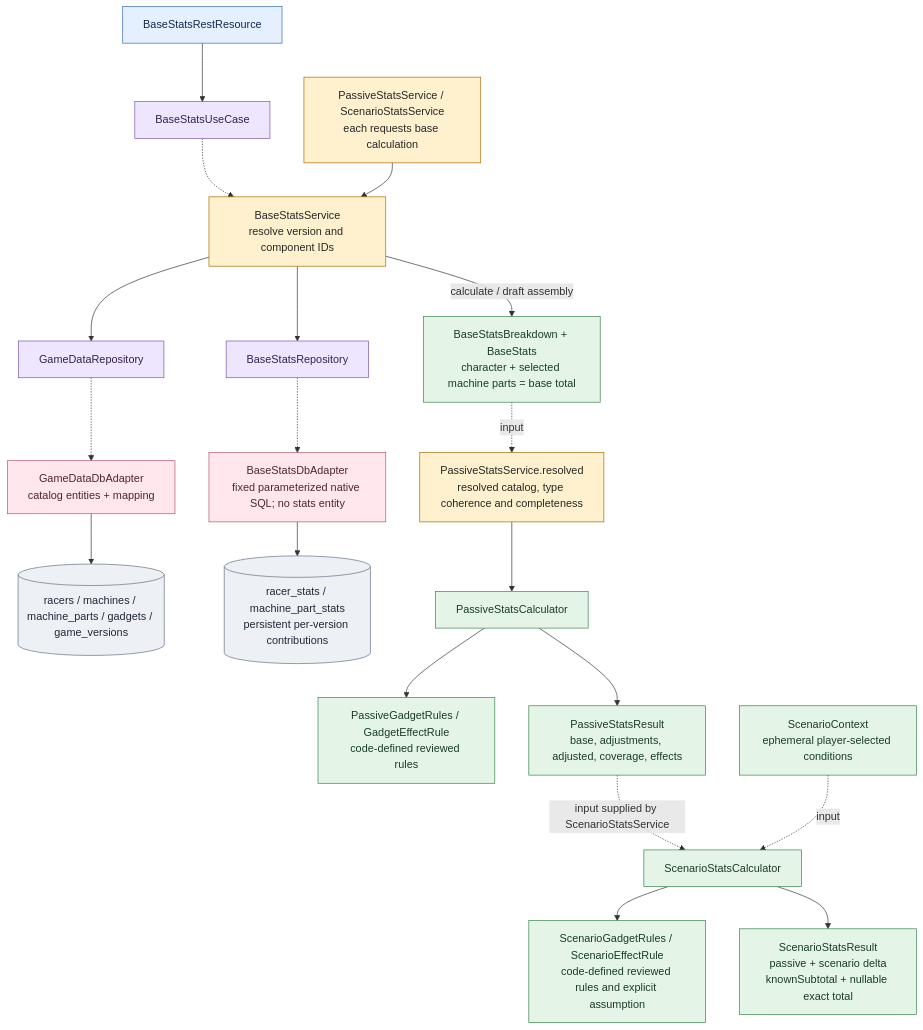
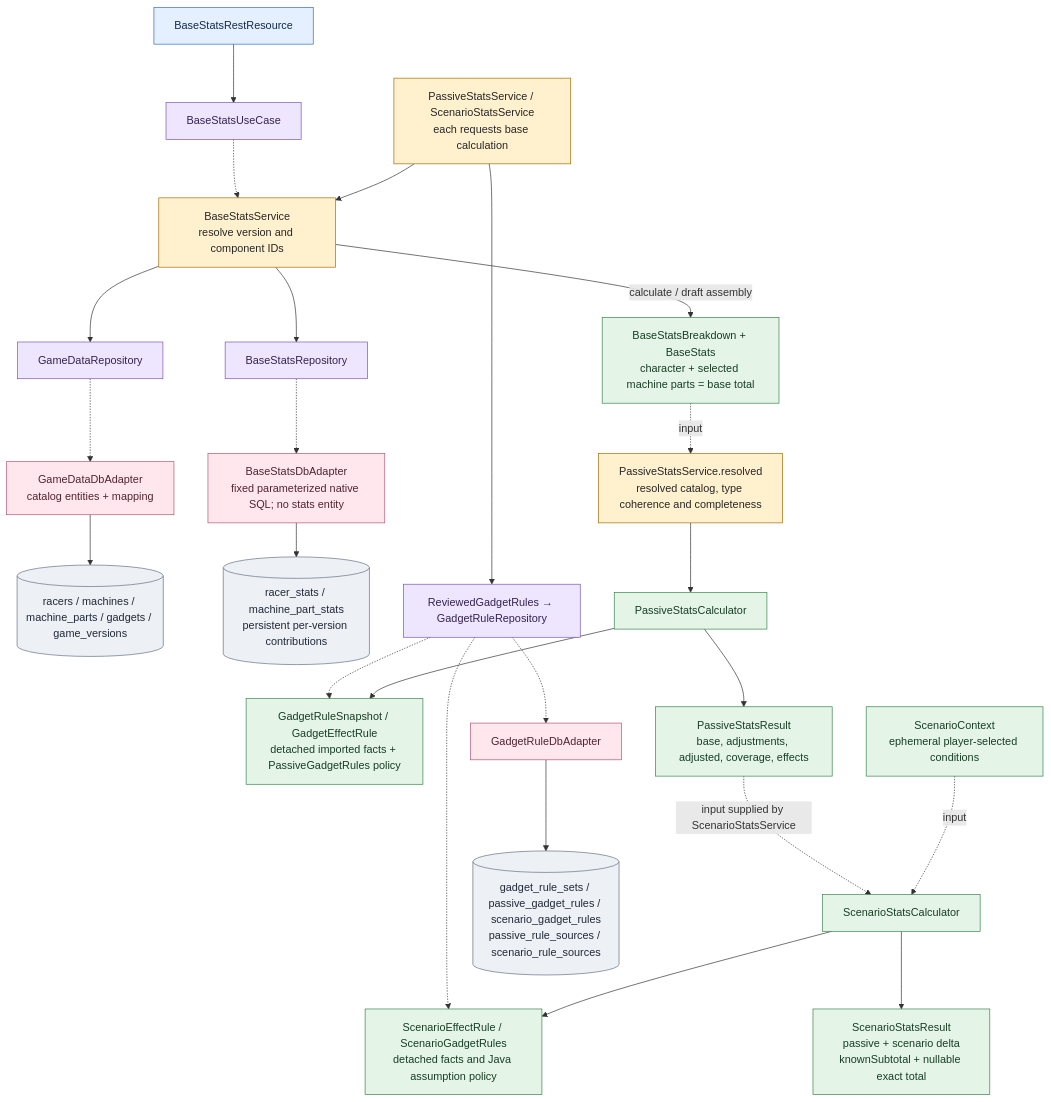
One commit to alexungu04genoff/RingLab changed diagram 12 of 31 in docs/architecture-atlas.md. Above: the diagram before and after it, drawn with Mermaid. The commit also changed other lines of this file and 66 other files, not shown here.

Commit message:
feat(game-data): externalize versioned gadget rule facts

````diff
--- a/docs/architecture-atlas.md
+++ b/docs/architecture-atlas.md
@@ -681,42 +703,47 @@
 ```mermaid
 flowchart TB
   endpoints["BaseStatsRestResource"]:::rest
   consumers["PassiveStatsService / ScenarioStatsService<br/>each requests base calculation"]:::app
   base["BaseStatsService<br/>resolve version and component IDs"]:::app
   gp["GameDataRepository"]:::port
   sp["BaseStatsRepository"]:::port
   ga["GameDataDbAdapter<br/>catalog entities + mapping"]:::adapter
   sa["BaseStatsDbAdapter<br/>fixed parameterized native SQL; no stats entity"]:::adapter
   catalog[("racers / machines / machine_parts / gadgets / game_versions")]:::outside
   numbers[("racer_stats / machine_part_stats<br/>persistent per-version contributions")]:::outside
   breakdown["BaseStatsBreakdown + BaseStats<br/>character + selected machine parts = base total"]:::domain
   ps["PassiveStatsService.resolved<br/>resolved catalog, type coherence and completeness"]:::app
-  pr["PassiveGadgetRules / GadgetEffectRule<br/>code-defined reviewed rules"]:::domain
+  pr["GadgetRuleSnapshot / GadgetEffectRule<br/>detached imported facts + PassiveGadgetRules policy"]:::domain
   pc["PassiveStatsCalculator"]:::domain
   po["PassiveStatsResult<br/>base, adjustments, adjusted, coverage, effects"]:::domain
-  sr["ScenarioGadgetRules / ScenarioEffectRule<br/>code-defined reviewed rules and explicit assumption"]:::domain
+  sr["ScenarioEffectRule / ScenarioGadgetRules<br/>detached facts and Java assumption policy"]:::domain
   ctx["ScenarioContext<br/>ephemeral player-selected conditions"]:::domain
   sc["ScenarioStatsCalculator"]:::domain
   so["ScenarioStatsResult<br/>passive + scenario delta<br/>knownSubtotal + nullable exact total"]:::domain
   endpoints --> input["BaseStatsUseCase"]:::port -.-> base
   consumers --> base
+  consumers --> reviewed["ReviewedGadgetRules → GadgetRuleRepository"]:::port
+  reviewed -.-> ruleAdapter["GadgetRuleDbAdapter"]:::adapter
+  ruleAdapter --> ruleTables[("gadget_rule_sets / passive_gadget_rules / scenario_gadget_rules<br/>passive_rule_sources / scenario_rule_sources")]:::outside
+  reviewed -.-> pr
+  reviewed -.-> sr
   base --> gp
   base --> sp
   gp -.-> ga --> catalog
   sp -.-> sa --> numbers
   base -->|"calculate / draft assembly"| breakdown
   breakdown -.->|"input"| ps
   ps --> pc
   pc --> pr
   pc --> po
   po -.->|"input supplied by ScenarioStatsService"| sc
   ctx -.->|"input"| sc
   sc --> sr
   sc --> so
   classDef rest fill:#e4efff,stroke:#356db4,color:#142b49
   classDef app fill:#fff0ce,stroke:#a96b00,color:#272727
   classDef domain fill:#e4f5e8,stroke:#37834c,color:#183d24
   classDef port fill:#eee6ff,stroke:#7954b1,color:#35214f
   classDef adapter fill:#ffe7ed,stroke:#b45370,color:#502333
   classDef outside fill:#edf0f4,stroke:#657184,color:#202938
 ```
````
